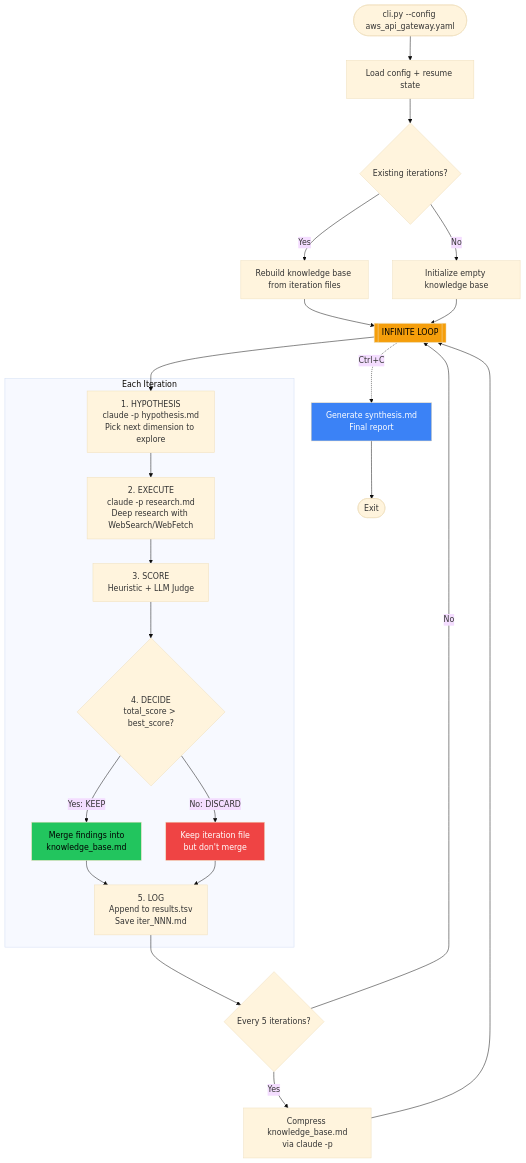
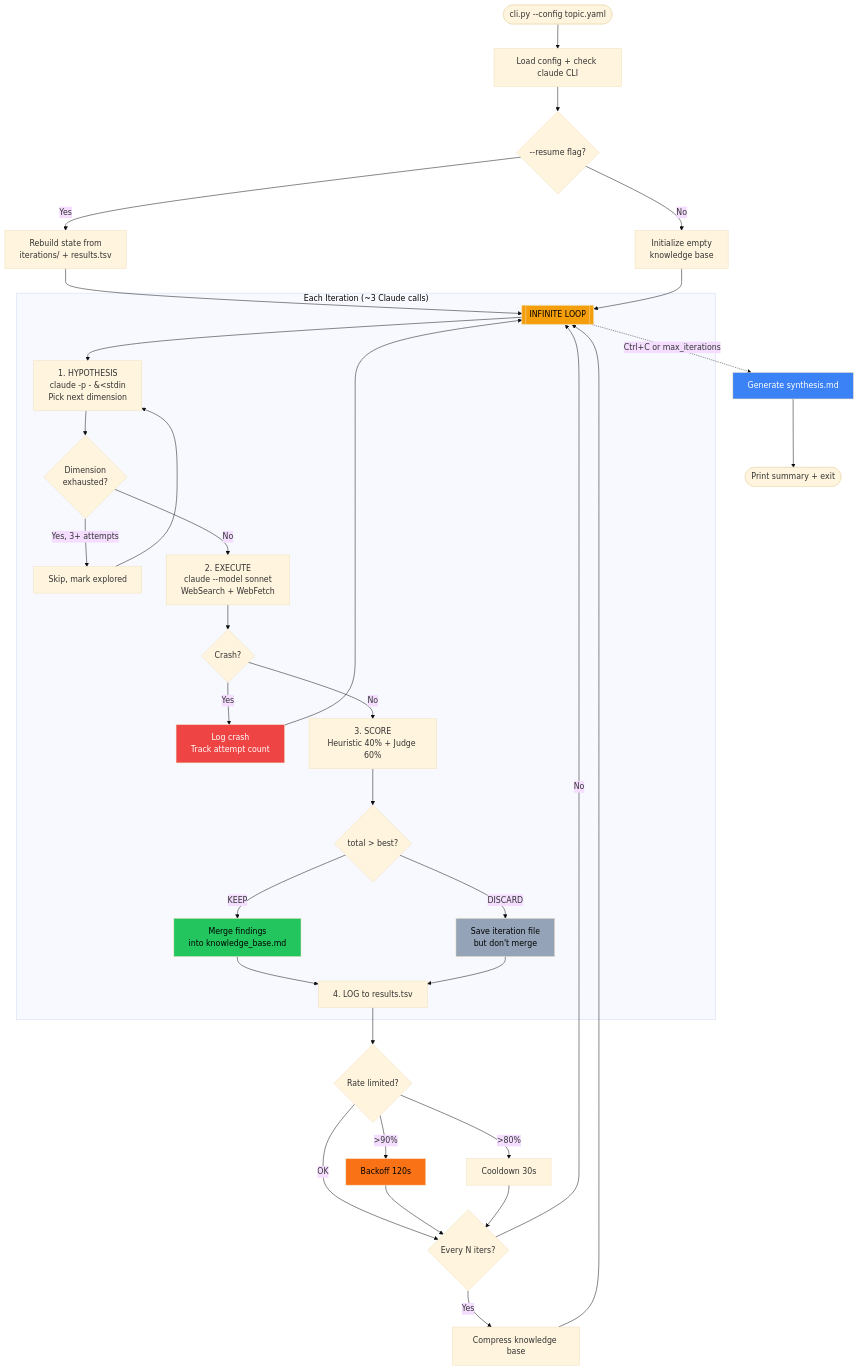
One commit to josefigueredo/auto-research changed the first of 8 diagrams in diagrams.md. Above: the diagram before and after it, drawn with Mermaid (base theme). The commit also changed other lines of this file and 2 other files, not shown here.

````diff
--- a/diagrams.md
+++ b/diagrams.md
@@ -5,35 +8,52 @@
 ```mermaid
 flowchart TD
-    START([cli.py --config aws_api_gateway.yaml]) --> INIT[Load config + resume state]
-    INIT --> CHECK{Existing iterations?}
-    CHECK -->|Yes| RESUME[Rebuild knowledge base from iteration files]
-    CHECK -->|No| FRESH[Initialize empty knowledge base]
+    START([cli.py --config topic.yaml]) --> INIT[Load config + check claude CLI]
+    INIT --> CHECK{--resume flag?}
+    CHECK -->|Yes| RESUME[Rebuild state from<br>iterations/ + results.tsv]
+    CHECK -->|No| FRESH[Initialize empty<br>knowledge base]
     RESUME --> LOOP
     FRESH --> LOOP
 
     LOOP[[INFINITE LOOP]] --> HYPO
 
-    subgraph ITERATION ["Each Iteration"]
-        HYPO[1. HYPOTHESIS<br>claude -p hypothesis.md<br>Pick next dimension to explore]
-        HYPO --> EXEC[2. EXECUTE<br>claude -p research.md<br>Deep research with WebSearch/WebFetch]
-        EXEC --> SCORE[3. SCORE<br>Heuristic + LLM Judge]
-        SCORE --> DECIDE{4. DECIDE<br>total_score > best_score?}
-        DECIDE -->|Yes: KEEP| MERGE[Merge findings into<br>knowledge_base.md]
-        DECIDE -->|No: DISCARD| SKIP[Keep iteration file<br>but don't merge]
-        MERGE --> LOG[5. LOG<br>Append to results.tsv<br>Save iter_NNN.md]
-        SKIP --> LOG
+    subgraph ITERATION ["Each Iteration (~3 Claude calls)"]
+        HYPO[1. HYPOTHESIS<br>claude -p - &#60;stdin<br>Pick next dimension]
+        HYPO --> EXHAUST{Dimension<br>exhausted?}
+        EXHAUST -->|Yes, 3+ attempts| SKIP_DIM[Skip, mark explored]
+        EXHAUST -->|No| EXEC
+        SKIP_DIM --> HYPO
+        EXEC[2. EXECUTE<br>claude --model sonnet<br>WebSearch + WebFetch]
+        EXEC --> CRASH{Crash?}
+        CRASH -->|Yes| LOG_CRASH[Log crash<br>Track attempt count]
+        CRASH -->|No| SCORE
+        LOG_CRASH --> LOOP
+        SCORE[3. SCORE<br>Heuristic 40% + Judge 60%]
+        SCORE --> DECIDE{total > best?}
+        DECIDE -->|KEEP| MERGE[Merge findings<br>into knowledge_base.md]
+        DECIDE -->|DISCARD| SAVE[Save iteration file<br>but don't merge]
+        MERGE --> LOG
+        SAVE --> LOG
+        LOG[4. LOG to results.tsv]
     end
 
-    LOG --> COMPRESS{Every 5 iterations?}
-    COMPRESS -->|Yes| SHRINK[Compress knowledge_base.md<br>via claude -p]
+    LOG --> RATE{Rate limited?}
+    RATE -->|>90%| WAIT_LONG[Backoff 120s]
+    RATE -->|>80%| WAIT_SHORT[Cooldown 30s]
+    RATE -->|OK| COMPRESS
+    WAIT_LONG --> COMPRESS
+    WAIT_SHORT --> COMPRESS
+    COMPRESS{Every N iters?}
+    COMPRESS -->|Yes| SHRINK[Compress knowledge base]
     COMPRESS -->|No| LOOP
     SHRINK --> LOOP
 
-    LOOP -.->|Ctrl+C| SYNTH[Generate synthesis.md<br>Final report]
-    SYNTH --> DONE([Exit])
+    LOOP -.->|Ctrl+C or max_iterations| SYNTH[Generate synthesis.md]
+    SYNTH --> DONE([Print summary + exit])
 
     style LOOP fill:#f59e0b,color:#000
     style MERGE fill:#22c55e,color:#000
-    style SKIP fill:#ef4444,color:#fff
+    style SAVE fill:#94a3b8,color:#000
+    style LOG_CRASH fill:#ef4444,color:#fff
     style SYNTH fill:#3b82f6,color:#fff
+    style WAIT_LONG fill:#f97316,color:#000
 ```
````
